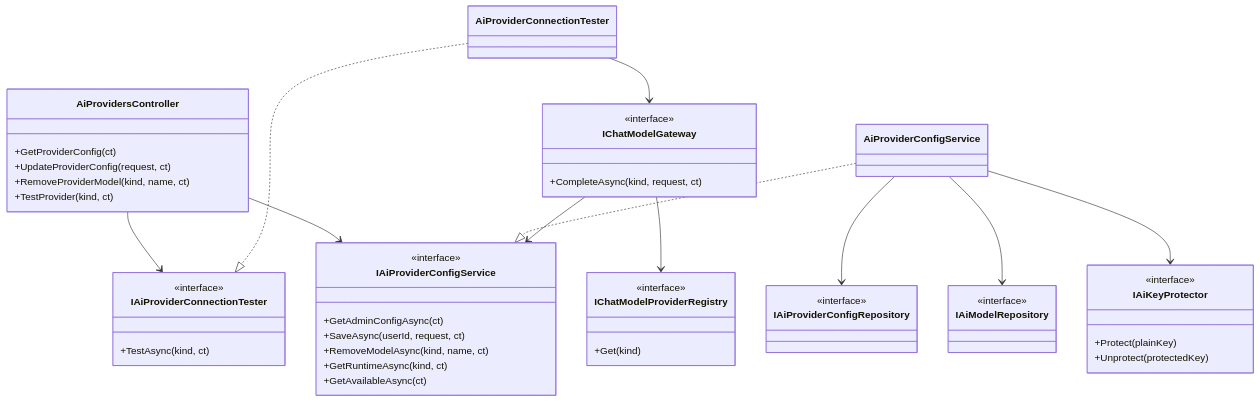
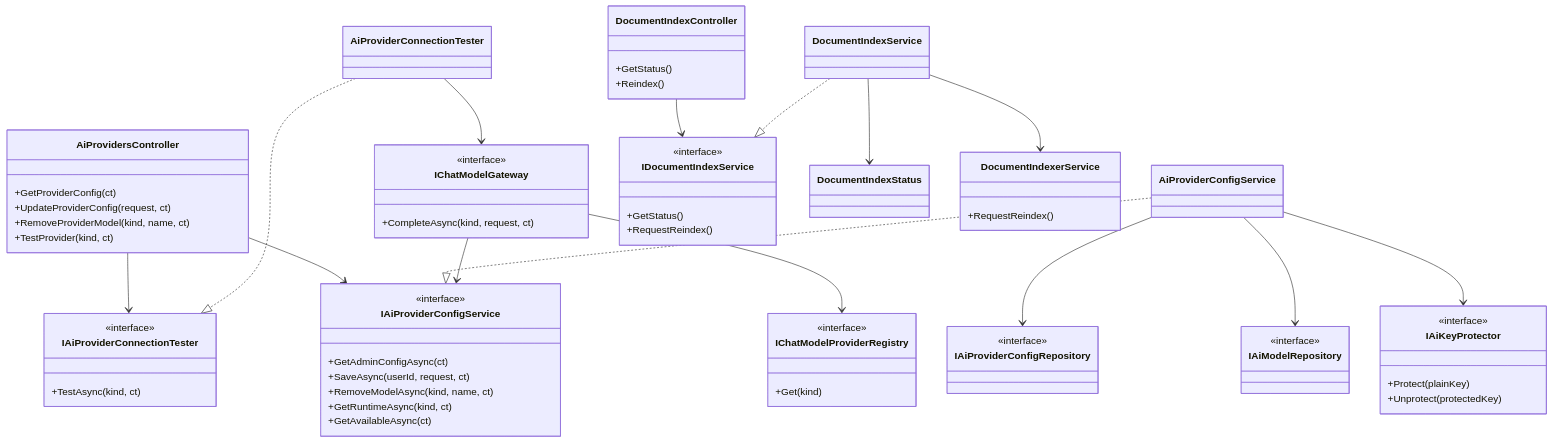
The first of 4 diagrams in TF - Documents/TF - LLD/06-Settings/06.3-TFA-Settings/LLD-TFA-Settings.md (jojogeorge3344/TaskFlow-Project), drawn with Mermaid before and after one commit. The commit also changed other lines of this file and 123 other files, not shown here.

````diff
--- a/TF - Documents/TF - LLD/06-Settings/06.3-TFA-Settings/LLD-TFA-Settings.md
+++ b/TF - Documents/TF - LLD/06-Settings/06.3-TFA-Settings/LLD-TFA-Settings.md
@@ -162,52 +177,70 @@
 ```mermaid
 classDiagram
   class AiProvidersController {
     +GetProviderConfig(ct)
     +UpdateProviderConfig(request, ct)
     +RemoveProviderModel(kind, name, ct)
     +TestProvider(kind, ct)
   }
   class IAiProviderConfigService {
     <<interface>>
     +GetAdminConfigAsync(ct)
     +SaveAsync(userId, request, ct)
     +RemoveModelAsync(kind, name, ct)
     +GetRuntimeAsync(kind, ct)
     +GetAvailableAsync(ct)
   }
   class AiProviderConfigService
   class IAiProviderConnectionTester {
     <<interface>>
     +TestAsync(kind, ct)
   }
   class AiProviderConnectionTester
   class IAiProviderConfigRepository {
     <<interface>>
   }
   class IAiModelRepository {
     <<interface>>
   }
   class IAiKeyProtector {
     <<interface>>
     +Protect(plainKey)
     +Unprotect(protectedKey)
   }
   class IChatModelGateway {
     <<interface>>
     +CompleteAsync(kind, request, ct)
   }
   class IChatModelProviderRegistry {
     <<interface>>
     +Get(kind)
   }
+  class DocumentIndexController {
+    +GetStatus()
+    +Reindex()
+  }
+  class IDocumentIndexService {
+    <<interface>>
+    +GetStatus()
+    +RequestReindex()
+  }
+  class DocumentIndexService
+  class DocumentIndexStatus
+  class DocumentIndexerService {
+    +RequestReindex()
+  }
+  DocumentIndexController --> IDocumentIndexService
+  DocumentIndexService ..|> IDocumentIndexService
+  DocumentIndexService --> DocumentIndexStatus
+  DocumentIndexService --> DocumentIndexerService
   AiProvidersController --> IAiProviderConfigService
   AiProvidersController --> IAiProviderConnectionTester
   AiProviderConfigService ..|> IAiProviderConfigService
   AiProviderConfigService --> IAiProviderConfigRepository
   AiProviderConfigService --> IAiModelRepository
   AiProviderConfigService --> IAiKeyProtector
   AiProviderConnectionTester ..|> IAiProviderConnectionTester
   AiProviderConnectionTester --> IChatModelGateway
   IChatModelGateway --> IAiProviderConfigService
   IChatModelGateway --> IChatModelProviderRegistry
 ```
````
